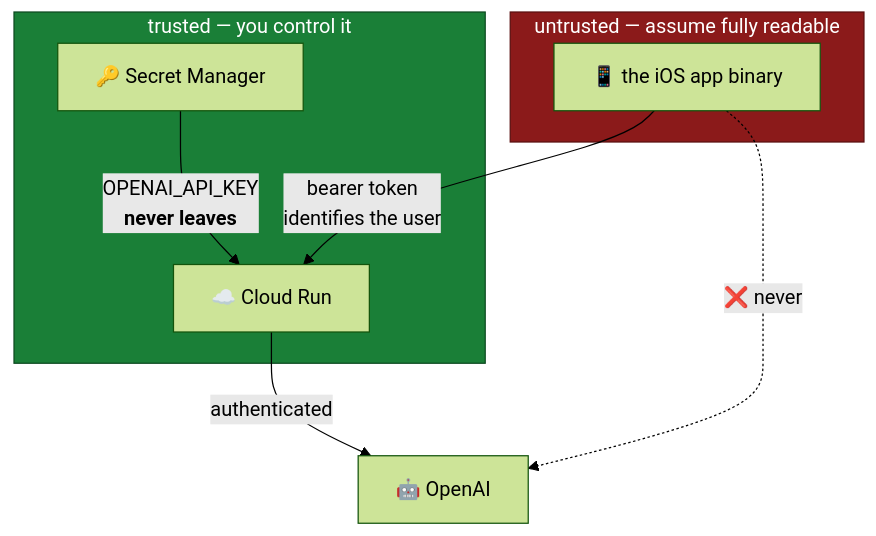
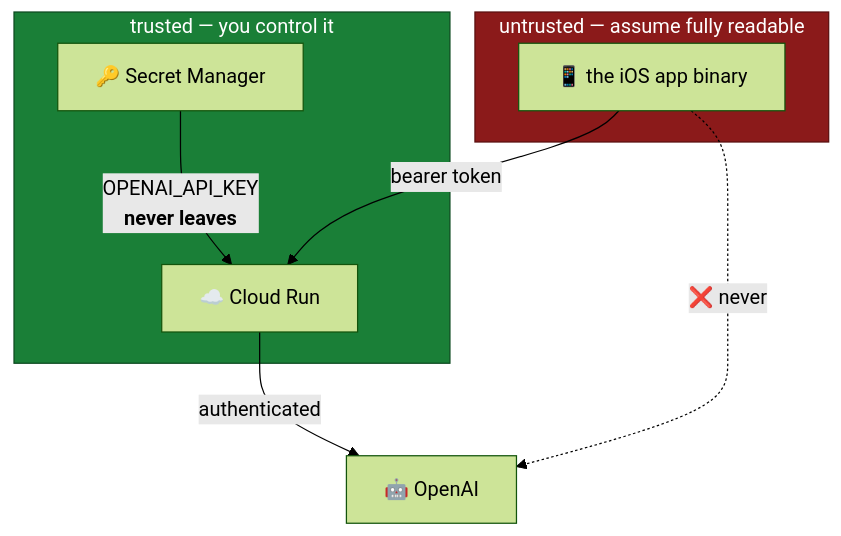
The seventh of 7 diagrams in BACKEND_ARCHITECTURE.md (FrankLong1/watch-recorder), drawn with Mermaid (forest theme) before and after one commit. The commit also changed other lines of this file and 31 other files, not shown here.

````diff
--- a/BACKEND_ARCHITECTURE.md
+++ b/BACKEND_ARCHITECTURE.md
@@ -194,19 +279,19 @@
 ```mermaid
 flowchart TD
     subgraph U["untrusted — assume fully readable"]
         APP["📱 the iOS app binary"]
     end
     subgraph T["trusted — you control it"]
         CR["☁️ Cloud Run"]
         SM["🔑 Secret Manager"]
     end
 
-    APP -->|"bearer token<br/>identifies the user"| CR
+    APP -->|"bearer token"| CR
     SM -->|"OPENAI_API_KEY<br/><b>never leaves</b>"| CR
     CR -->|"authenticated"| AI["🤖 OpenAI"]
 
     APP -.->|"❌ never"| AI
 
     style U fill:#8b1a1a,stroke:#5a0f0f,color:#fff
     style T fill:#1a7f37,stroke:#0d4a20,color:#fff
 ```
````
